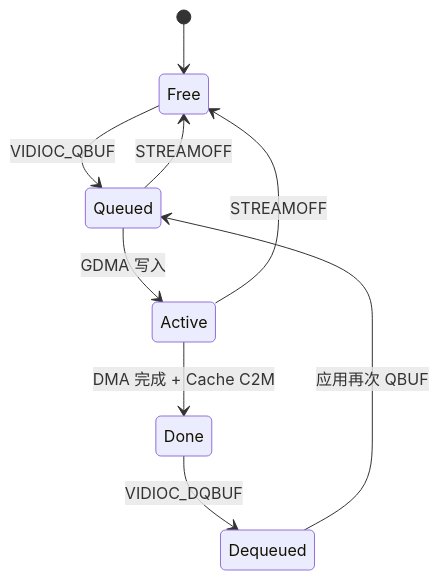
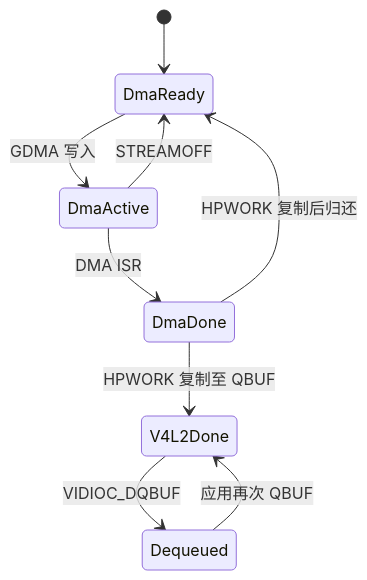
One commit to ARongvv/contest2026_031_niudanxianqianchong changed the second of 2 diagrams in docs/开发计划/ESP32-P4X-MIPI-CSI摄像头适配方案.md. Above: the diagram before and after it, drawn with Mermaid. The commit also changed other lines of this file, not shown here.

````diff
--- a/docs/开发计划/ESP32-P4X-MIPI-CSI摄像头适配方案.md
+++ b/docs/开发计划/ESP32-P4X-MIPI-CSI摄像头适配方案.md
@@ -182,11 +183,11 @@
 ```mermaid
 stateDiagram-v2
-  [*] --> Free
-  Free --> Queued: VIDIOC_QBUF
-  Queued --> Active: GDMA 写入
-  Active --> Done: DMA 完成 + Cache C2M
-  Done --> Dequeued: VIDIOC_DQBUF
-  Dequeued --> Queued: 应用再次 QBUF
-  Queued --> Free: STREAMOFF
-  Active --> Free: STREAMOFF
+  [*] --> DmaReady
+  DmaReady --> DmaActive: GDMA 写入
+  DmaActive --> DmaDone: DMA ISR
+  DmaDone --> DmaReady: HPWORK 复制后归还
+  DmaDone --> V4L2Done: HPWORK 复制至 QBUF
+  V4L2Done --> Dequeued: VIDIOC_DQBUF
+  Dequeued --> V4L2Done: 应用再次 QBUF
+  DmaActive --> DmaReady: STREAMOFF
 ```
````
